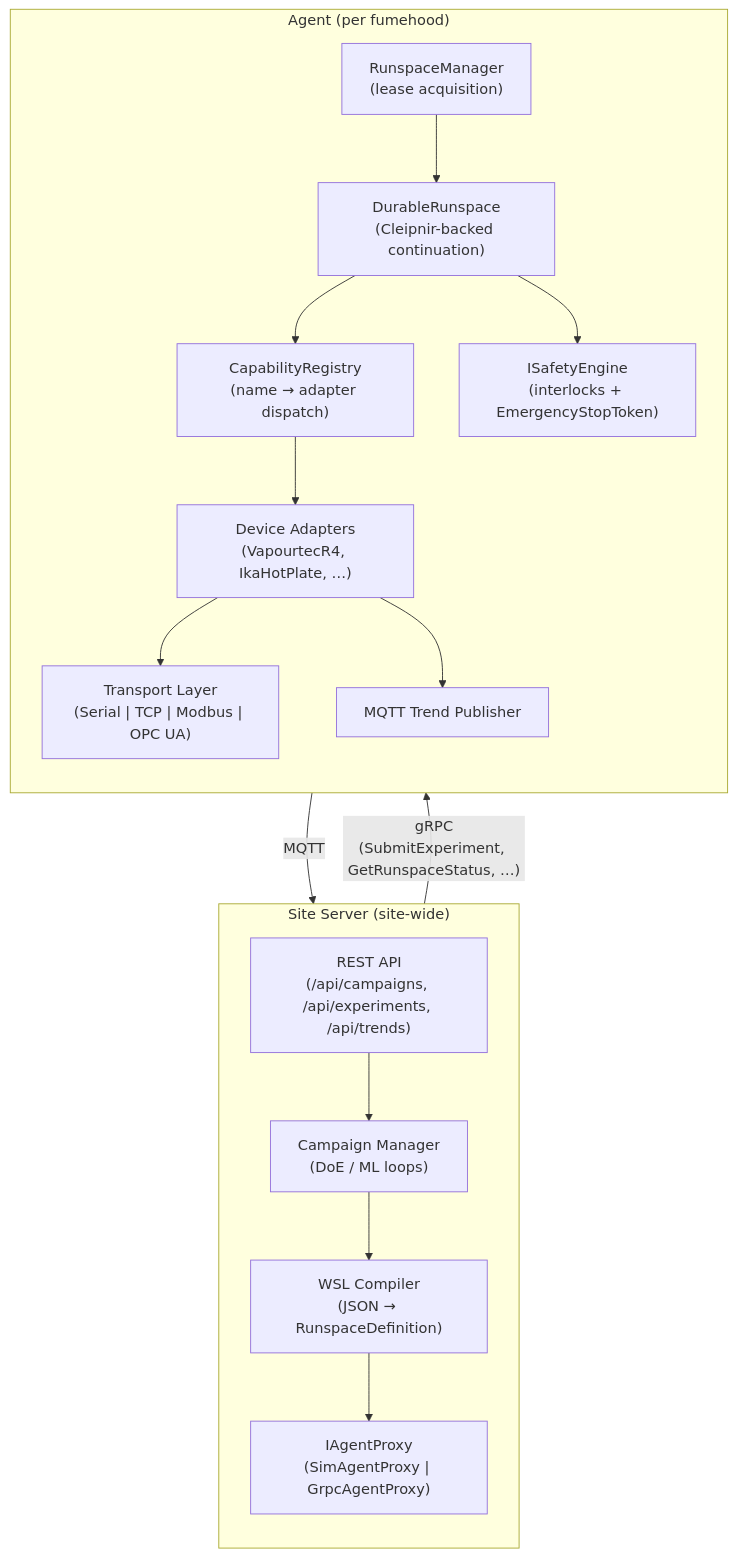
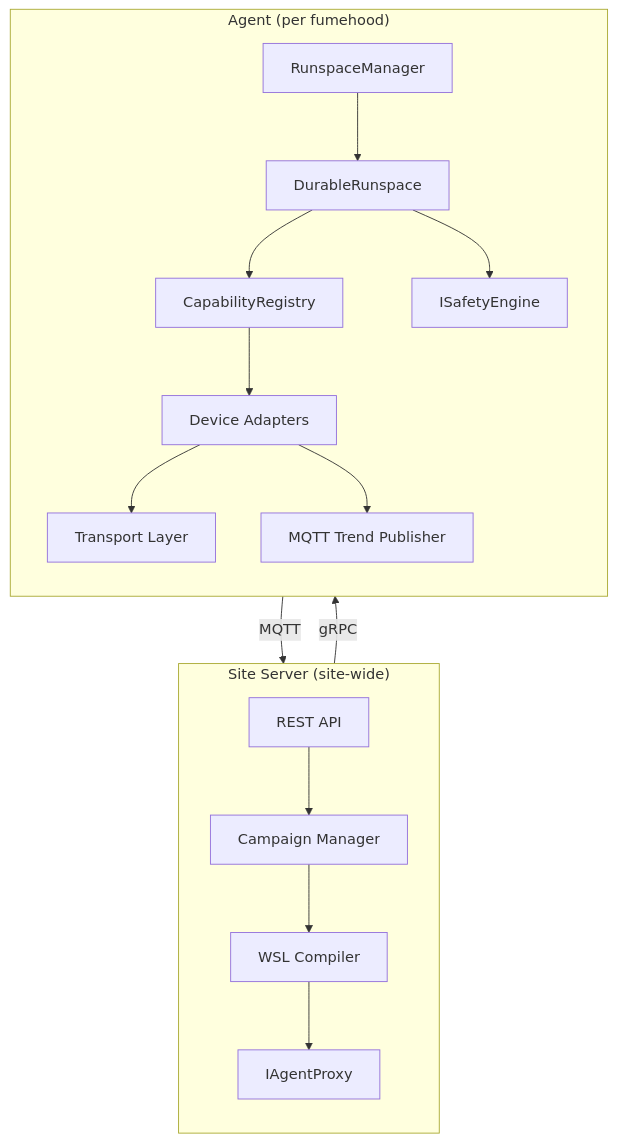
The first of 2 diagrams in docs-site/docs/developer/architecture.md (PyPete/Helix), drawn with Mermaid before and after one commit. The commit also changed other lines of this file and 2 other files, not shown here.

First line of the commit message:
feat(docs): add architecture, adapter authoring guide (VapourtecR4), and transport guide

````diff
--- a/docs-site/docs/developer/architecture.md
+++ b/docs-site/docs/developer/architecture.md
@@ -17,46 +17,35 @@
 ```mermaid
 graph TB
     subgraph SiteServer["Site Server (site-wide)"]
         direction TB
-        WSL["WSL Compiler
-(JSON → RunspaceDefinition)"]
-        CampaignMgr["Campaign Manager
-(DoE / ML loops)"]
-        AgentProxy["IAgentProxy
-(SimAgentProxy | GrpcAgentProxy)"]
-        RestAPI["REST API
-(/api/campaigns, /api/experiments, /api/trends)"]
+        WSL["WSL Compiler"]
+        CampaignMgr["Campaign Manager"]
+        AgentProxy["IAgentProxy"]
+        RestAPI["REST API"]
 
         RestAPI --> CampaignMgr
         CampaignMgr --> WSL
         WSL --> AgentProxy
     end
 
     subgraph Agent["Agent (per fumehood)"]
         direction TB
-        RunspaceMgr["RunspaceManager
-(lease acquisition)"]
-        DurableRunspace["DurableRunspace
-(Cleipnir-backed continuation)"]
-        CapReg["CapabilityRegistry
-(name → adapter dispatch)"]
-        DevAdapters["Device Adapters
-(VapourtecR4, IkaHotPlate, …)"]
-        Transport["Transport Layer
-(Serial | TCP | Modbus | OPC UA)"]
-        Safety["ISafetyEngine
-(interlocks + EmergencyStopToken)"]
+        RunspaceMgr["RunspaceManager"]
+        DurableRunspace["DurableRunspace"]
+        CapReg["CapabilityRegistry"]
+        DevAdapters["Device Adapters"]
+        Transport["Transport Layer"]
+        Safety["ISafetyEngine"]
         TrendPub["MQTT Trend Publisher"]
 
         RunspaceMgr --> DurableRunspace
         DurableRunspace --> CapReg
         CapReg --> DevAdapters
         DevAdapters --> Transport
         DurableRunspace --> Safety
         DevAdapters --> TrendPub
     end
 
-    AgentProxy -- "gRPC
-(SubmitExperiment, GetRunspaceStatus, …)" --> RunspaceMgr
+    AgentProxy -- "gRPC" --> RunspaceMgr
     TrendPub -- "MQTT" --> SiteServer
 ```
````
